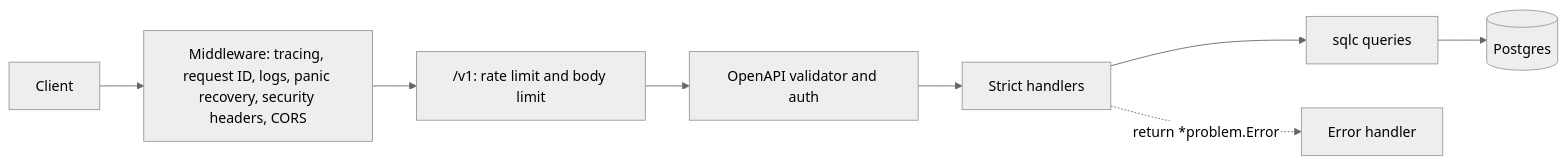
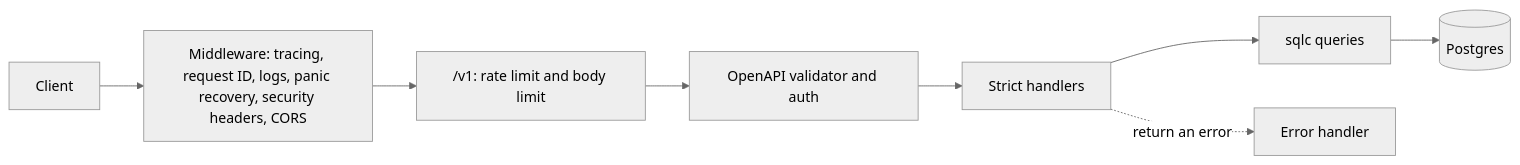
Before and after one commit to opikdev/api-go-starter: the diagram in docs/architecture.md, drawn with Mermaid (neutral theme). The commit also changed other lines of this file and 10 other files, not shown here.

````diff
--- a/docs/architecture.md
+++ b/docs/architecture.md
@@ -3,10 +3,10 @@
 ```mermaid
 flowchart LR
   C[Client] --> M["Middleware: tracing, request ID, logs, panic recovery, security headers, CORS"]
   M --> L["/v1: rate limit and body limit"]
   L --> V["OpenAPI validator and auth"]
   V --> H["Strict handlers"]
   H --> S["sqlc queries"]
   S --> P[(Postgres)]
-  H -. "return *problem.Error" .-> E["Error handler"]
+  H -. "return an error" .-> E["Error handler"]
 ```
````
